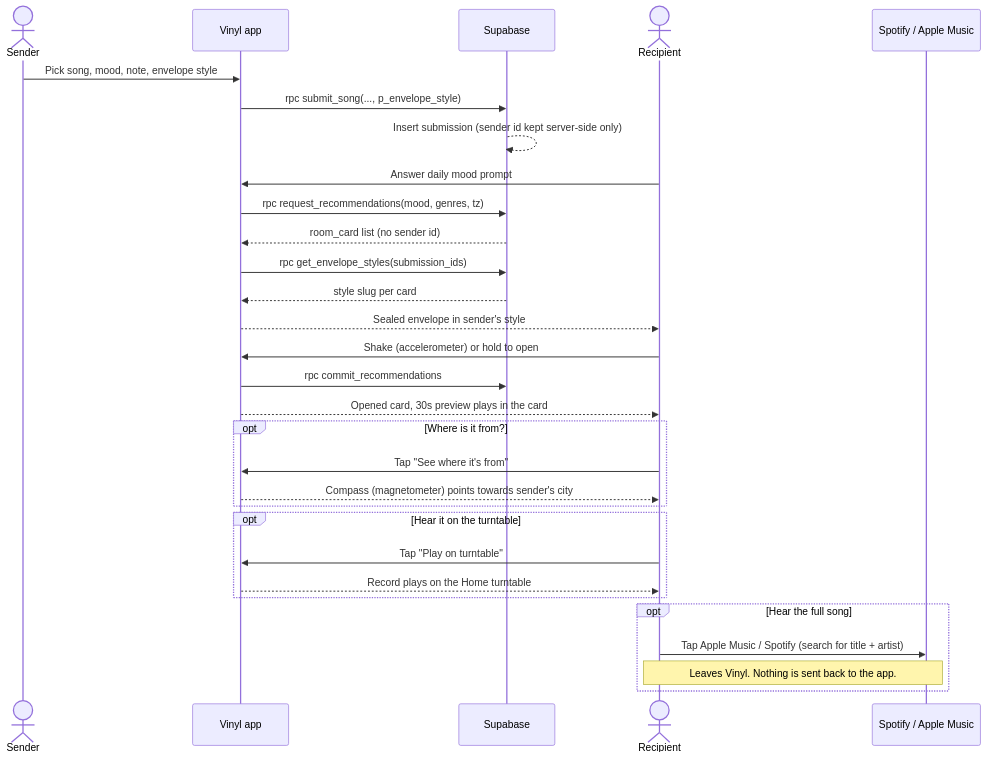
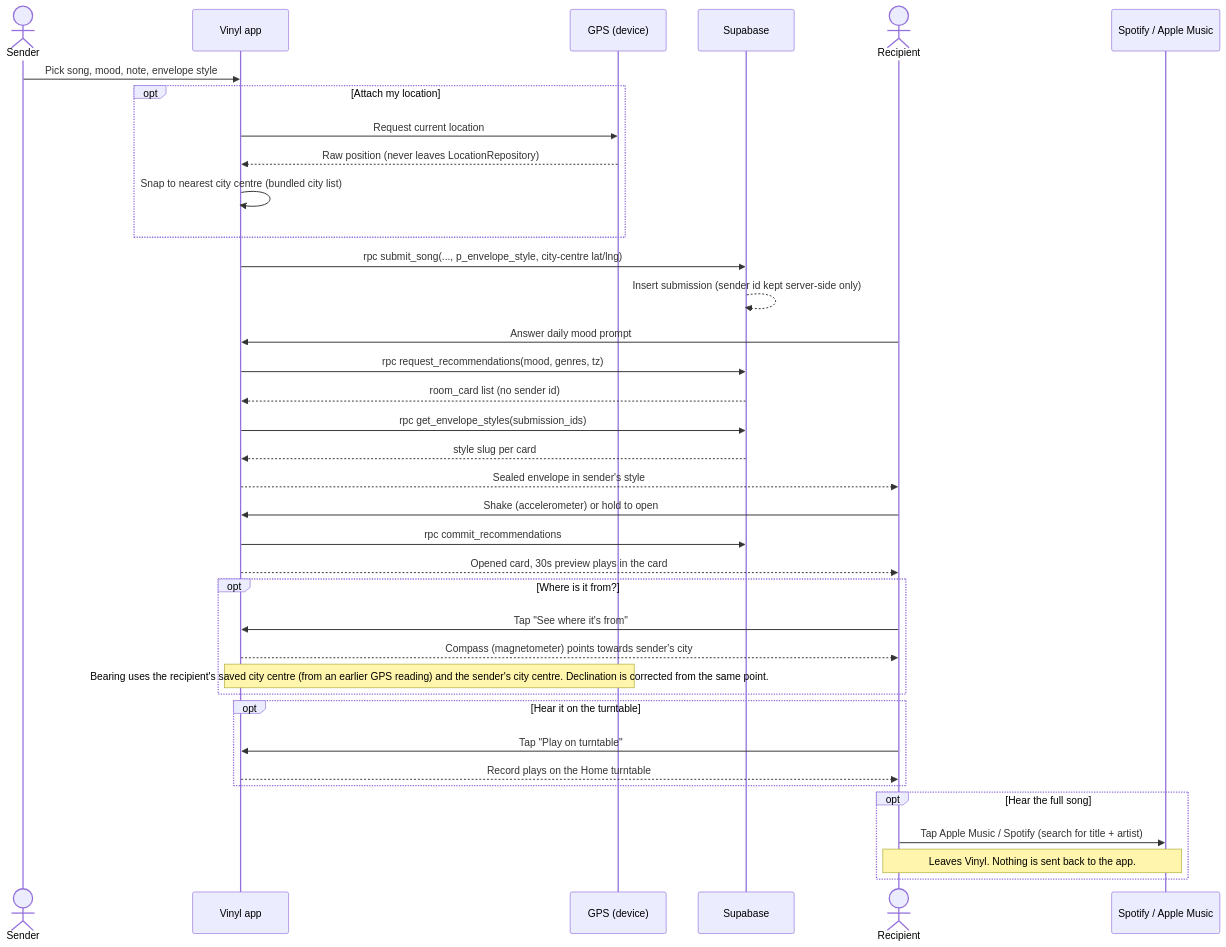
Before and after one commit to killlel/comp90018: the second of 4 diagrams in README.md, drawn with Mermaid. The commit also changed other lines of this file and 1 other file, not shown here.

Commit message:
Updated readme to include gps sensor in the diagrams and etc

````diff
--- a/README.md
+++ b/README.md
@@ -60,35 +60,42 @@
 ```mermaid
 sequenceDiagram
     actor Sender
     participant App as Vinyl app
+    participant GPS as GPS (device)
     participant DB as Supabase
     actor Recipient
     participant Ext as Spotify / Apple Music
 
     Sender->>App: Pick song, mood, note, envelope style
-    App->>DB: rpc submit_song(..., p_envelope_style)
+    opt Attach my location
+        App->>GPS: Request current location
+        GPS-->>App: Raw position (never leaves LocationRepository)
+        App->>App: Snap to nearest city centre (bundled city list)
+    end
+    App->>DB: rpc submit_song(..., p_envelope_style, city-centre lat/lng)
     DB-->>DB: Insert submission (sender id kept server-side only)
 
     Recipient->>App: Answer daily mood prompt
     App->>DB: rpc request_recommendations(mood, genres, tz)
     DB-->>App: room_card list (no sender id)
     App->>DB: rpc get_envelope_styles(submission_ids)
     DB-->>App: style slug per card
     App-->>Recipient: Sealed envelope in sender's style
     Recipient->>App: Shake (accelerometer) or hold to open
     App->>DB: rpc commit_recommendations
     App-->>Recipient: Opened card, 30s preview plays in the card
 
     opt Where is it from?
         Recipient->>App: Tap "See where it's from"
         App-->>Recipient: Compass (magnetometer) points towards sender's city
+        Note over App,GPS: Bearing uses the recipient's saved city centre (from an earlier GPS reading) and the sender's city centre. Declination is corrected from the same point.
     end
     opt Hear it on the turntable
         Recipient->>App: Tap "Play on turntable"
         App-->>Recipient: Record plays on the Home turntable
     end
     opt Hear the full song
         Recipient->>Ext: Tap Apple Music / Spotify (search for title + artist)
         Note over Recipient,Ext: Leaves Vinyl. Nothing is sent back to the app.
     end
 ```
````
